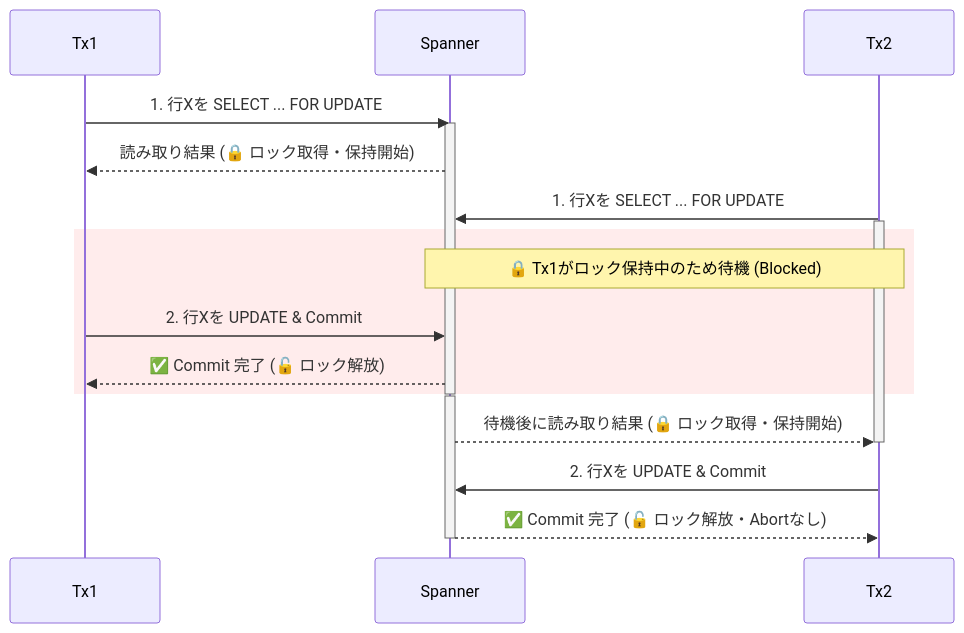
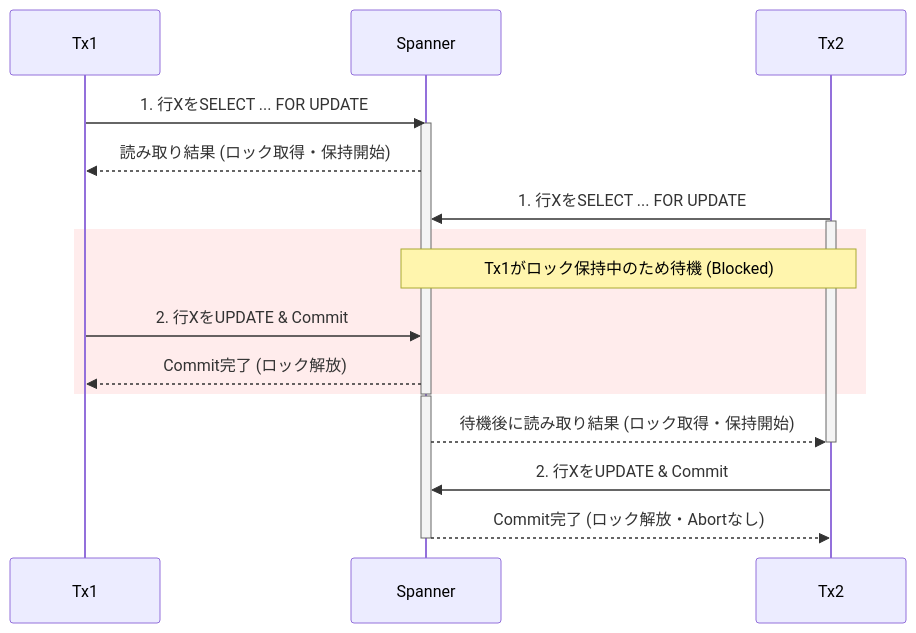
One commit to michity15169/zenn-content changed the third of 4 diagrams in articles/b112447edb6af8.md. Above: the diagram before and after it, drawn with Mermaid. The commit also changed other lines of this file and 3 other files, not shown here.

Commit message:
Apply tech-article-review-loop fixes and regenerate benchmark charts

````diff
--- a/articles/b112447edb6af8.md
+++ b/articles/b112447edb6af8.md
@@ -321,26 +303,26 @@
 ```mermaid
 sequenceDiagram
     participant Tx1 as Tx1
     participant Spanner as Spanner
     participant Tx2 as Tx2
 
-    Tx1->>Spanner: 1. 行Xを SELECT ... FOR UPDATE
+    Tx1->>Spanner: 1. 行XをSELECT ... FOR UPDATE
     activate Spanner
-    Spanner-->>Tx1: 読み取り結果 (🔒 ロック取得・保持開始)
+    Spanner-->>Tx1: 読み取り結果 (ロック取得・保持開始)
 
-    Tx2->>Spanner: 1. 行Xを SELECT ... FOR UPDATE
+    Tx2->>Spanner: 1. 行XをSELECT ... FOR UPDATE
     activate Tx2
     rect rgb(255, 236, 236)
-        Note over Spanner,Tx2: 🔒 Tx1がロック保持中のため待機 (Blocked)
-        Tx1->>Spanner: 2. 行Xを UPDATE & Commit
-        Spanner-->>Tx1: ✅ Commit 完了 (🔓 ロック解放)
+        Note over Spanner,Tx2: Tx1がロック保持中のため待機 (Blocked)
+        Tx1->>Spanner: 2. 行XをUPDATE & Commit
+        Spanner-->>Tx1: Commit完了 (ロック解放)
     end
     deactivate Spanner
 
     activate Spanner
-    Spanner-->>Tx2: 待機後に読み取り結果 (🔒 ロック取得・保持開始)
+    Spanner-->>Tx2: 待機後に読み取り結果 (ロック取得・保持開始)
     deactivate Tx2
-    Tx2->>Spanner: 2. 行Xを UPDATE & Commit
-    Spanner-->>Tx2: ✅ Commit 完了 (🔓 ロック解放・Abortなし)
+    Tx2->>Spanner: 2. 行XをUPDATE & Commit
+    Spanner-->>Tx2: Commit完了 (ロック解放・Abortなし)
     deactivate Spanner
 ```
````
